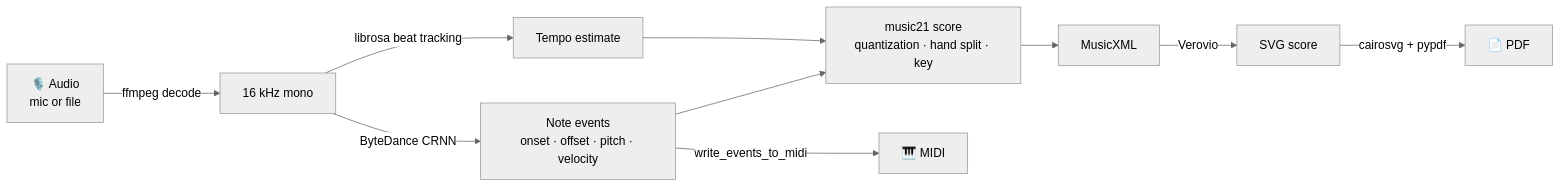
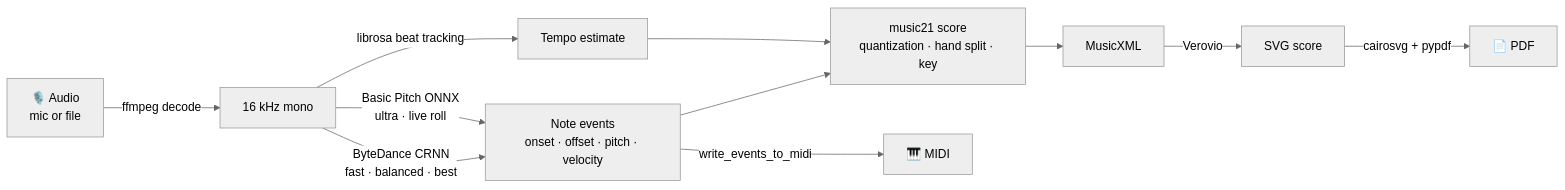
The diagram in README.md (pauldubois98/PianoScripter), drawn with Mermaid (neutral theme) before and after one commit. The commit also changed other lines of this file and 9 other files, not shown here.

````diff
--- a/README.md
+++ b/README.md
@@ -32,12 +32,13 @@
 ```mermaid
 flowchart LR
     A[🎙️ Audio<br/>mic or file] -->|ffmpeg decode| B[16 kHz mono]
-    B -->|ByteDance CRNN| C[Note events<br/>onset · offset · pitch · velocity]
+    B -->|ByteDance CRNN<br/>fast · balanced · best| C[Note events<br/>onset · offset · pitch · velocity]
+    B -->|Basic Pitch ONNX<br/>ultra · live roll| C
     B -->|librosa beat tracking| D[Tempo estimate]
     C --> E[music21 score<br/>quantization · hand split · key]
     D --> E
     E --> F[MusicXML]
     F -->|Verovio| G[SVG score]
     G -->|cairosvg + pypdf| H[📄 PDF]
     C -->|write_events_to_midi| I[🎹 MIDI]
 ```
````
